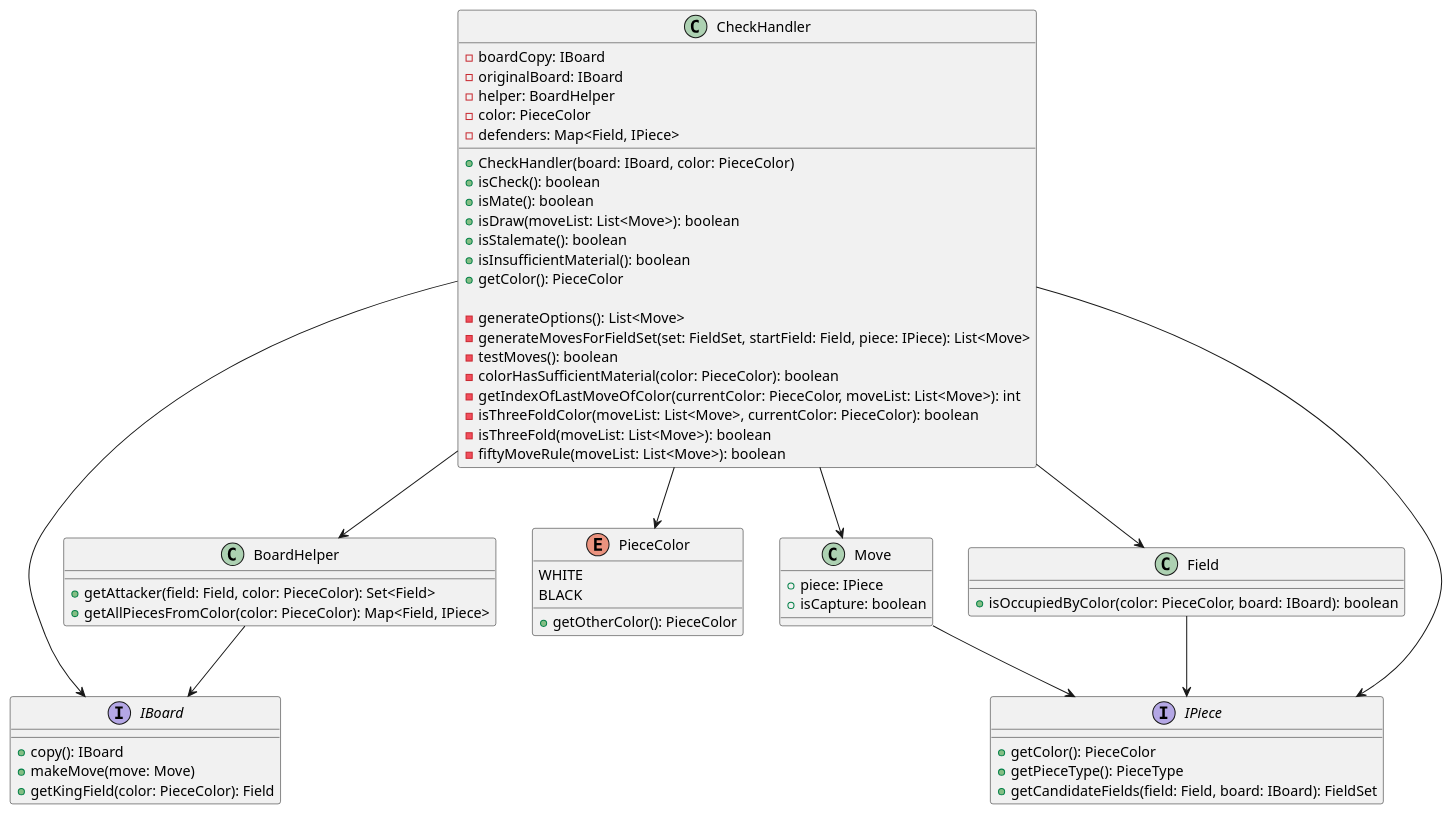
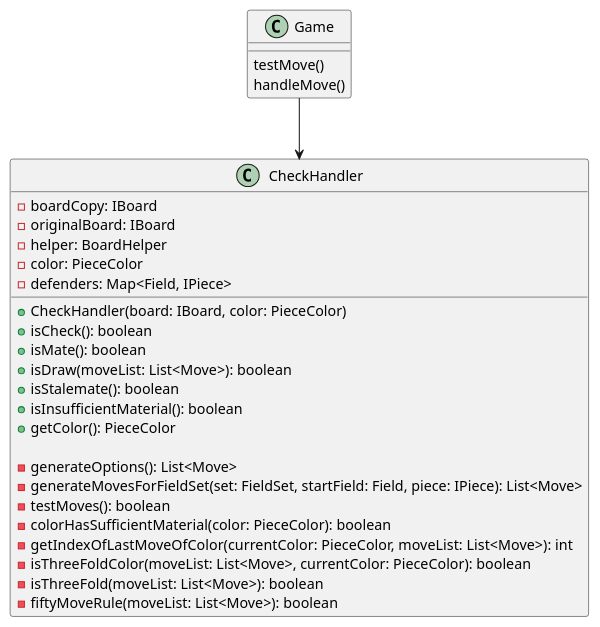
Before and after one commit to JannisFuchs/Schachspiel: the diagram in docs/uml-Diagramme/extractClassNew.puml, drawn with PlantUML. The commit also changed 11 other files, not shown here.

```diff
--- a/docs/uml-Diagramme/extractClassNew.puml
+++ b/docs/uml-Diagramme/extractClassNew.puml
@@ -1,71 +1,34 @@
 @startuml CheckHandler
 
 class CheckHandler {
   - boardCopy: IBoard
   - originalBoard: IBoard
   - helper: BoardHelper
   - color: PieceColor
   - defenders: Map<Field, IPiece>
 
   + CheckHandler(board: IBoard, color: PieceColor)
   + isCheck(): boolean
   + isMate(): boolean
   + isDraw(moveList: List<Move>): boolean
   + isStalemate(): boolean
   + isInsufficientMaterial(): boolean
   + getColor(): PieceColor
 
   - generateOptions(): List<Move>
   - generateMovesForFieldSet(set: FieldSet, startField: Field, piece: IPiece): List<Move>
   - testMoves(): boolean
   - colorHasSufficientMaterial(color: PieceColor): boolean
   - getIndexOfLastMoveOfColor(currentColor: PieceColor, moveList: List<Move>): int
   - isThreeFoldColor(moveList: List<Move>, currentColor: PieceColor): boolean
   - isThreeFold(moveList: List<Move>): boolean
   - fiftyMoveRule(moveList: List<Move>): boolean
 }
 
-interface IBoard {
-  + copy(): IBoard
-  + makeMove(move: Move)
-  + getKingField(color: PieceColor): Field
+class Game{
+    testMove()
+    handleMove()
 }
-
-class BoardHelper {
-  + getAttacker(field: Field, color: PieceColor): Set<Field>
-  + getAllPiecesFromColor(color: PieceColor): Map<Field, IPiece>
-}
-
-enum PieceColor {
-  WHITE
-  BLACK
-  + getOtherColor(): PieceColor
-}
-
-class Move {
-  + piece: IPiece
-  + isCapture: boolean
-}
-
-class Field {
-  + isOccupiedByColor(color: PieceColor, board: IBoard): boolean
-}
-
-interface IPiece {
-  + getColor(): PieceColor
-  + getPieceType(): PieceType
-  + getCandidateFields(field: Field, board: IBoard): FieldSet
-}
-
-CheckHandler --> IBoard
-CheckHandler --> BoardHelper
-CheckHandler --> PieceColor
-CheckHandler --> Move
-CheckHandler --> Field
-CheckHandler --> IPiece
-
-Move --> IPiece
-Field --> IPiece
-BoardHelper --> IBoard
+Game --> CheckHandler
 
 @enduml
```
